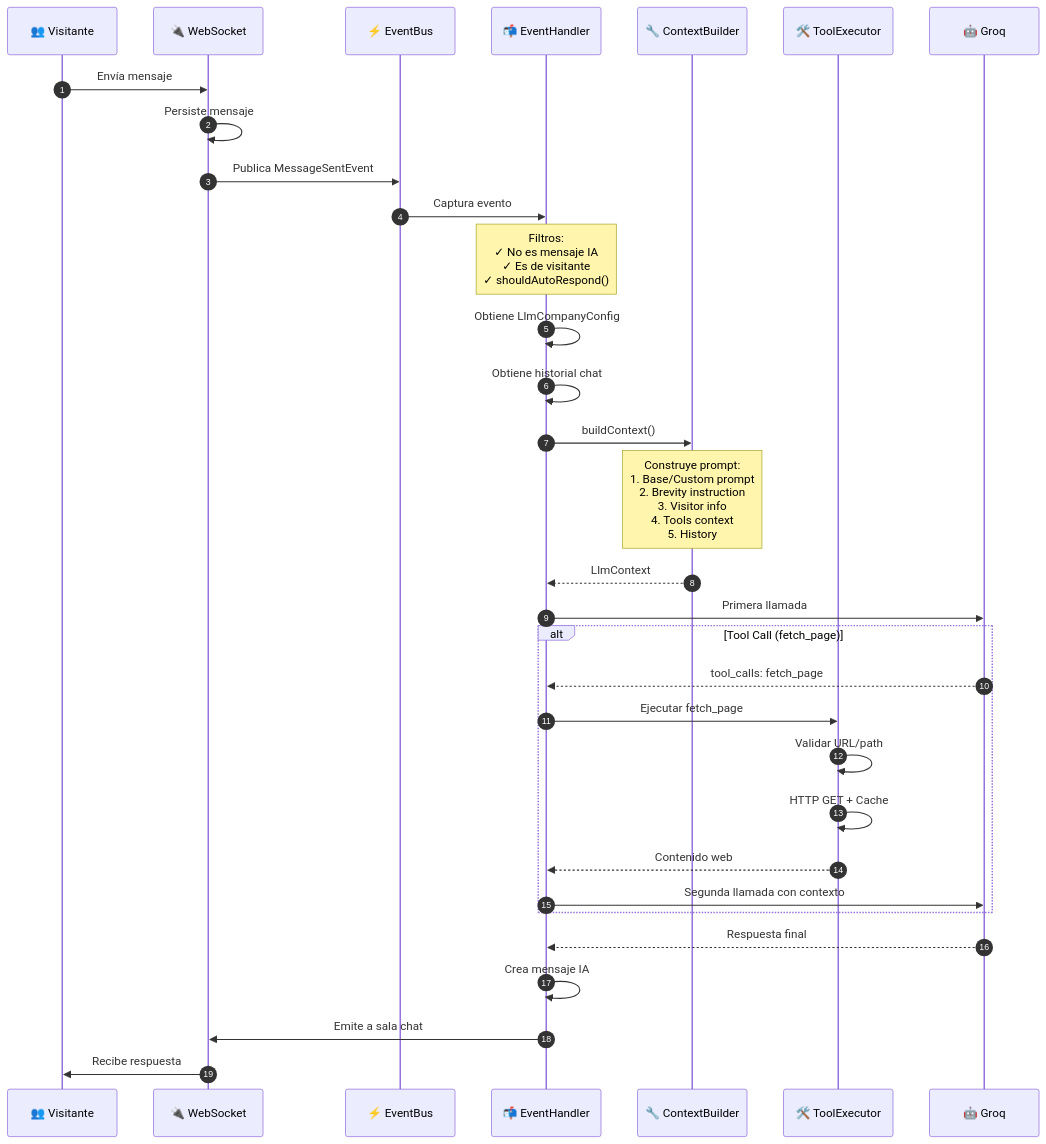
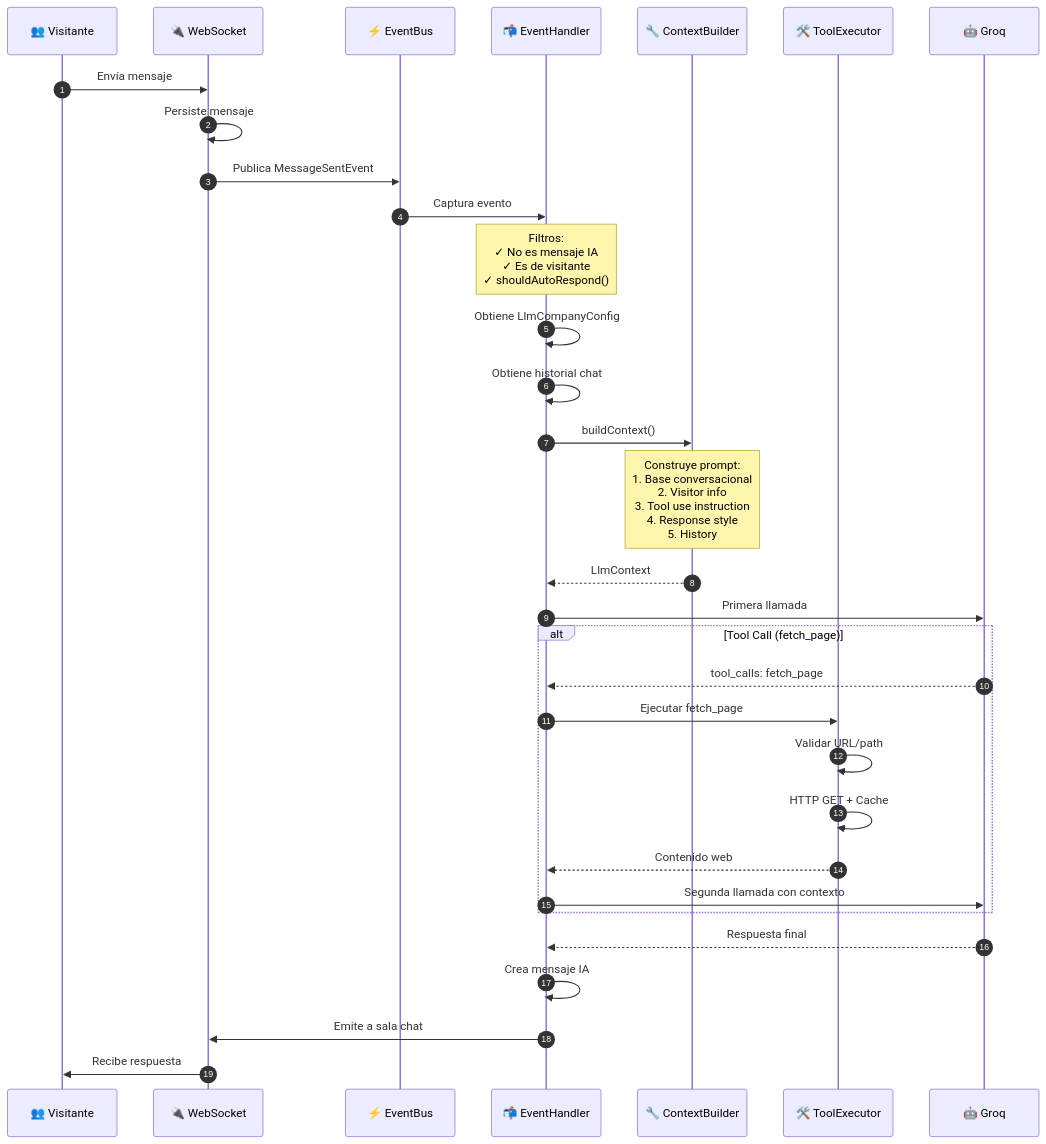
Before and after one commit to RogerPugaRuiz/guiders-backend: the fourth of 5 diagrams in docs/llm-architecture.md, drawn with Mermaid. The commit also changed other lines of this file and 3 other files, not shown here.

````diff
--- a/docs/llm-architecture.md
+++ b/docs/llm-architecture.md
@@ -211,45 +211,45 @@
 ```mermaid
 sequenceDiagram
     autonumber
     participant V as 👥 Visitante
     participant WS as 🔌 WebSocket
     participant EB as ⚡ EventBus
     participant EH as 📬 EventHandler
     participant CB as 🔧 ContextBuilder
     participant TE as 🛠️ ToolExecutor
     participant LLM as 🤖 Groq
 
     V->>WS: Envía mensaje
     WS->>WS: Persiste mensaje
     WS->>EB: Publica MessageSentEvent
 
     EB->>EH: Captura evento
 
     Note over EH: Filtros:<br/>✓ No es mensaje IA<br/>✓ Es de visitante<br/>✓ shouldAutoRespond()
 
     EH->>EH: Obtiene LlmCompanyConfig
     EH->>EH: Obtiene historial chat
 
     EH->>CB: buildContext()
 
-    Note over CB: Construye prompt:<br/>1. Base/Custom prompt<br/>2. Brevity instruction<br/>3. Visitor info<br/>4. Tools context<br/>5. History
+    Note over CB: Construye prompt:<br/>1. Base conversacional<br/>2. Visitor info<br/>3. Tool use instruction<br/>4. Response style<br/>5. History
 
     CB-->>EH: LlmContext
 
     EH->>LLM: Primera llamada
 
     alt Tool Call (fetch_page)
         LLM-->>EH: tool_calls: fetch_page
         EH->>TE: Ejecutar fetch_page
         TE->>TE: Validar URL/path
         TE->>TE: HTTP GET + Cache
         TE-->>EH: Contenido web
         EH->>LLM: Segunda llamada con contexto
     end
 
     LLM-->>EH: Respuesta final
 
     EH->>EH: Crea mensaje IA
     EH->>WS: Emite a sala chat
     WS->>V: Recibe respuesta
 ```
````
